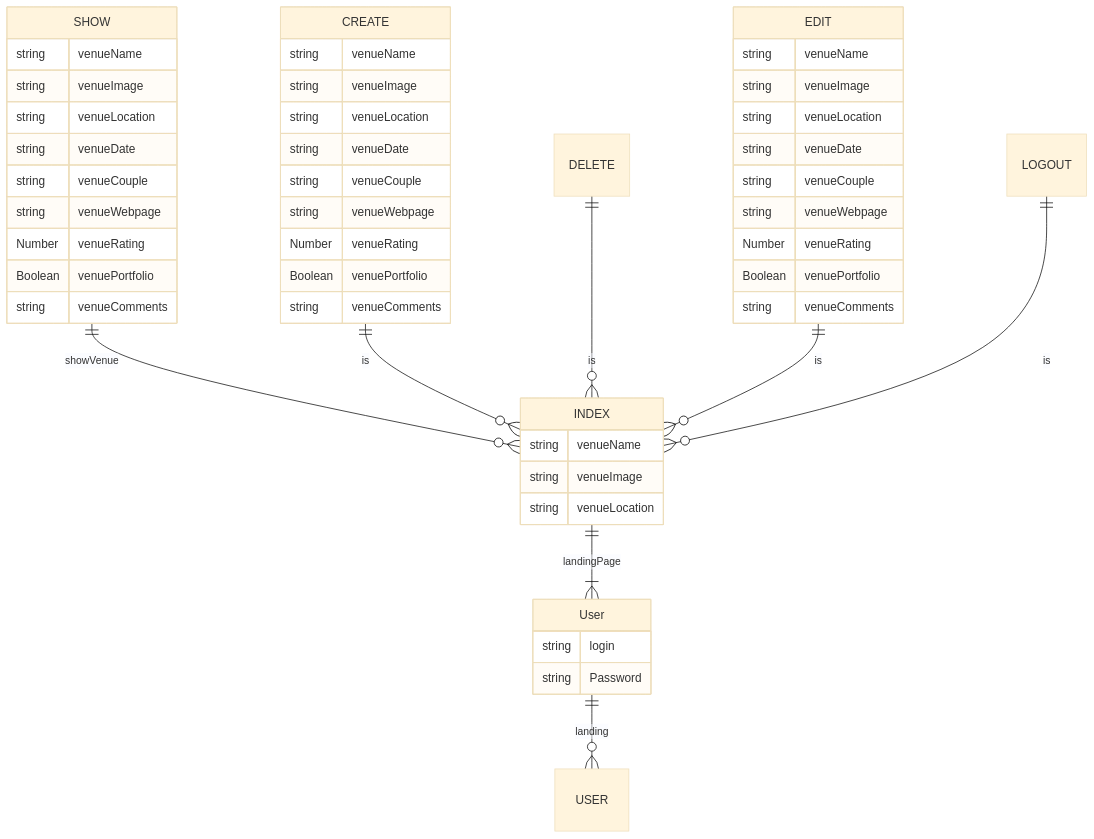
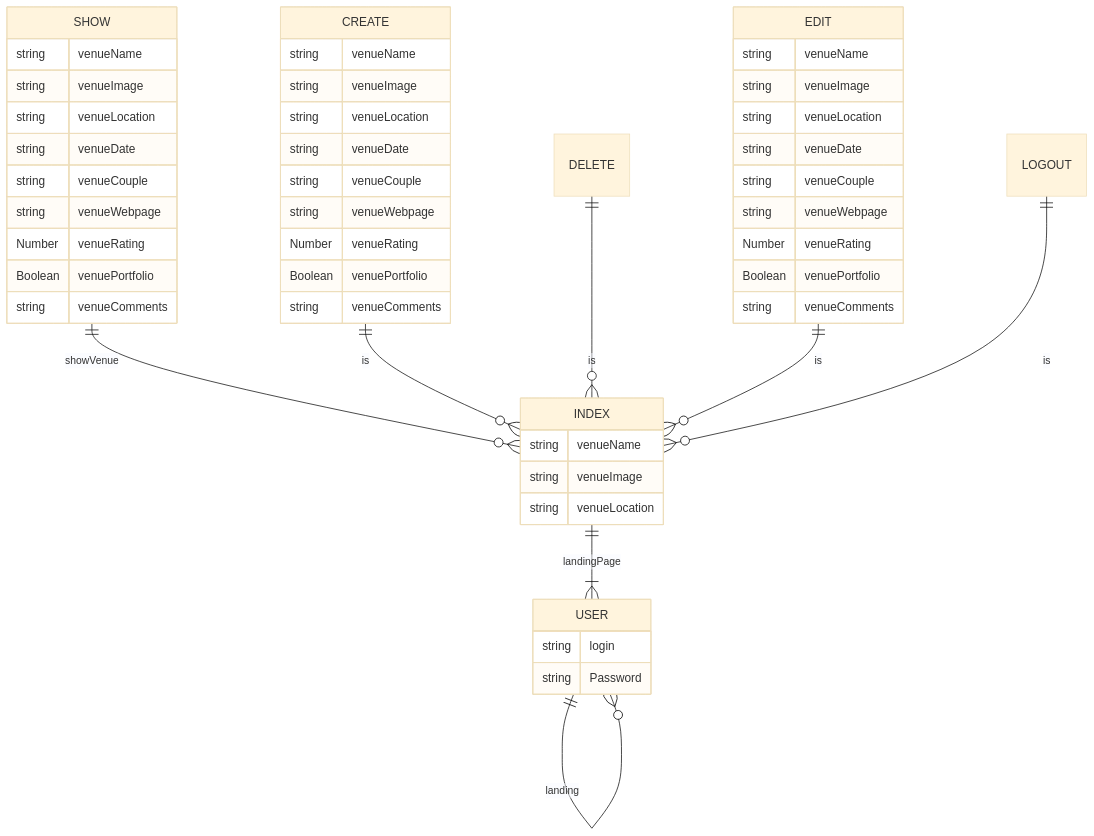
Before and after one commit to adriancgarcia/project2-photo-assistant: the diagram in readme.md, drawn with Mermaid (base theme).

````diff
--- a/readme.md
+++ b/readme.md
@@ -41,61 +41,61 @@
 ``` mermaid
 erDiagram
-    User ||--o{ USER: landing
-    User {
+    USER ||--o{ USER: landing
+    USER {
         string login
         string Password
     }
-    INDEX ||--|{ User : landingPage
+    INDEX ||--|{ USER : landingPage
     INDEX {
         string venueName
         string venueImage
         string venueLocation
     }
     SHOW || --o{ INDEX : showVenue
     SHOW{
         string venueName
         string venueImage
         string venueLocation
         string venueDate
         string venueCouple
         string venueWebpage
         Number venueRating
         Boolean venuePortfolio
         string venueComments
     }
     CREATE || --o{ INDEX : is
     CREATE {
         string venueName
         string venueImage
         string venueLocation
         string venueDate
         string venueCouple
         string venueWebpage
         Number venueRating
         Boolean venuePortfolio
         string venueComments
     }
     DELETE || --o{ INDEX : is
     DELETE {
 
 
     }
     EDIT || --o{ INDEX : is
     EDIT {
         string venueName
         string venueImage
         string venueLocation
         string venueDate
         string venueCouple
         string venueWebpage
         Number venueRating
         Boolean venuePortfolio
         string venueComments
     }
     LOGOUT || --o{ INDEX : is
     LOGOUT {
 
     }
     
 
 ```
````
